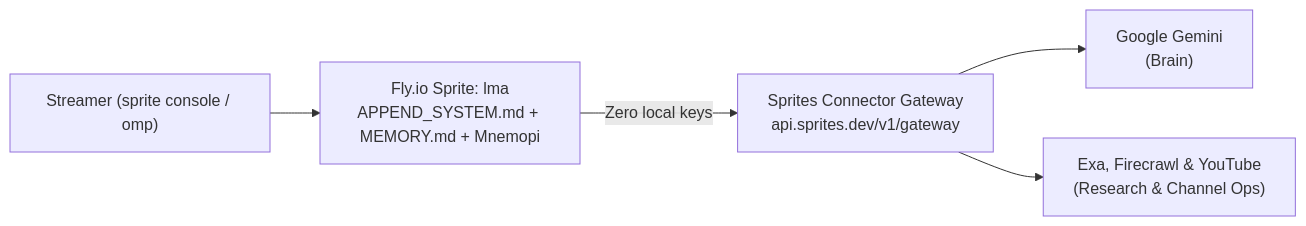
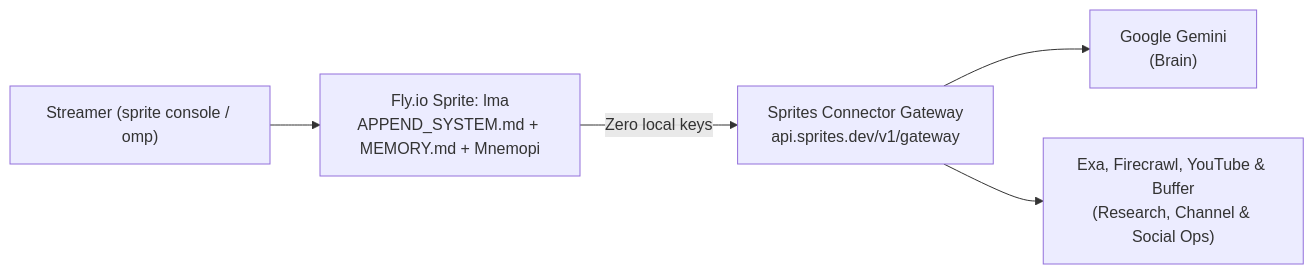
Before and after one commit to roffidaijoubu/otto: the diagram in README.md, drawn with Mermaid. The commit also changed other lines of this file and 3 other files, not shown here.

````diff
--- a/README.md
+++ b/README.md
@@ -51,7 +51,7 @@
 ```mermaid
 flowchart LR
     U["Streamer (sprite console / omp)"] --> S["Fly.io Sprite: lma<br/>APPEND_SYSTEM.md + MEMORY.md + Mnemopi"]
     S -->|"Zero local keys"| G["Sprites Connector Gateway<br/>api.sprites.dev/v1/gateway"]
     G --> M["Google Gemini<br/>(Brain)"]
-    G --> E["Exa, Firecrawl &amp; YouTube<br/>(Research &amp; Channel Ops)"]
+    G --> E["Exa, Firecrawl, YouTube &amp; Buffer<br/>(Research, Channel &amp; Social Ops)"]
 ```
````
